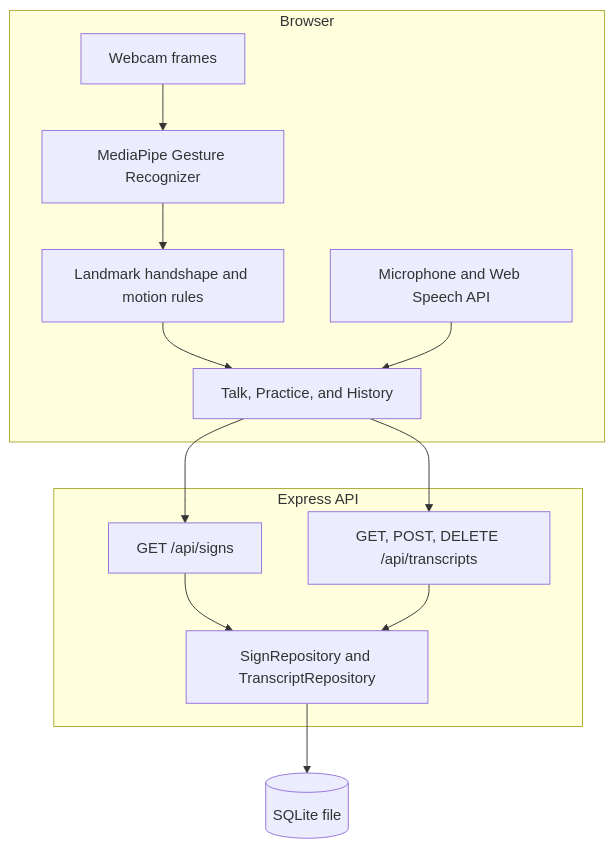
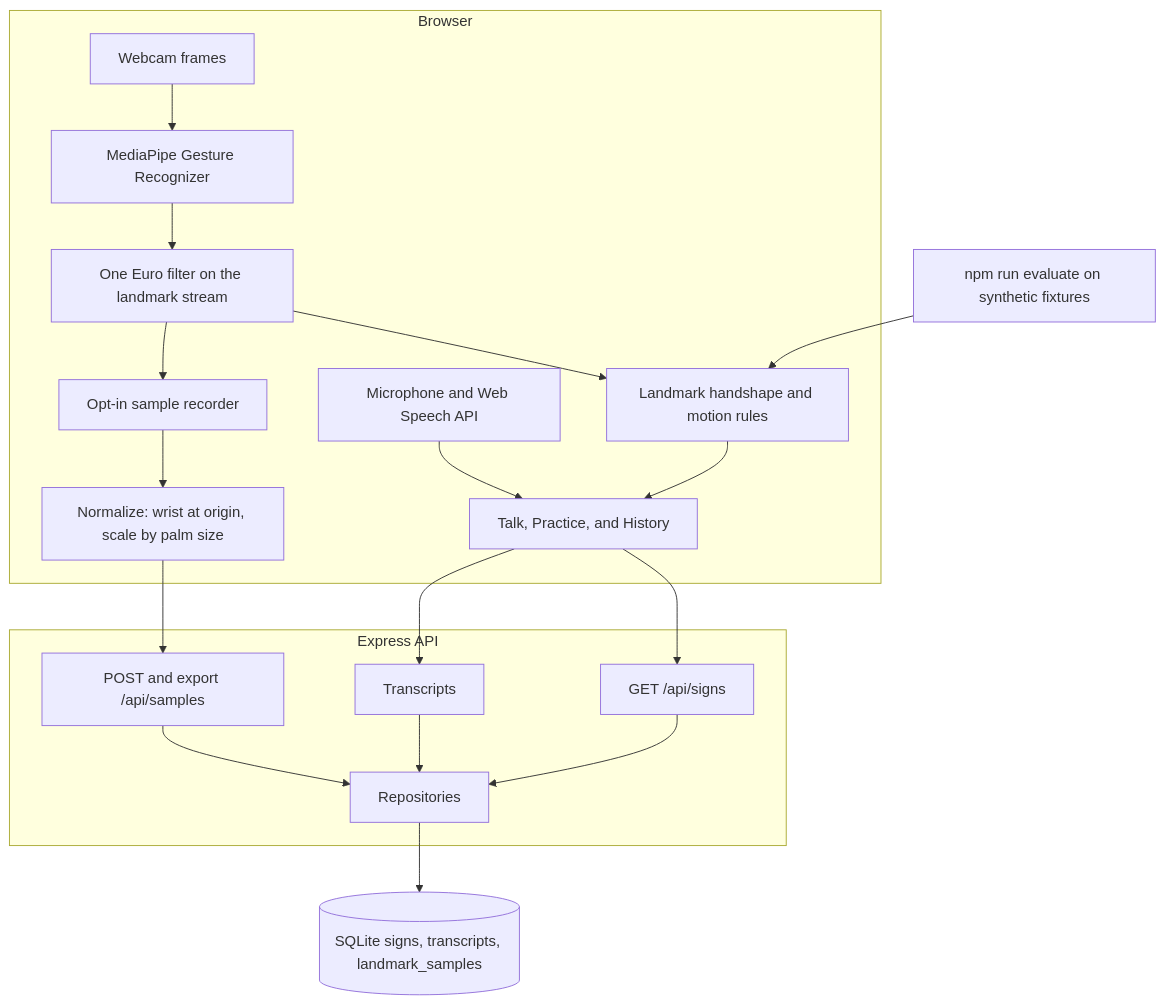
Before and after one commit to jhayushi/SignConnect: the diagram in docs/ARCHITECTURE.md, drawn with Mermaid. The commit also changed other lines of this file and 17 other files, not shown here.

First line of the commit message:
Score the synthetic fixtures and shorten the hold

````diff
--- a/docs/ARCHITECTURE.md
+++ b/docs/ARCHITECTURE.md
@@ -5,28 +5,39 @@
 ```mermaid
 flowchart TB
   subgraph browser [Browser]
     Cam[Webcam frames]
     MP[MediaPipe Gesture Recognizer]
+    Smooth[One Euro filter on the landmark stream]
     Rules[Landmark handshape and motion rules]
+    Norm[Normalize: wrist at origin, scale by palm size]
     Mic[Microphone and Web Speech API]
     UI[Talk, Practice, and History]
+    Rec[Opt-in sample recorder]
   end
 
   subgraph api [Express API]
     SignsRoute["GET /api/signs"]
-    TranscriptRoutes["GET, POST, DELETE /api/transcripts"]
-    Repos[SignRepository and TranscriptRepository]
+    TranscriptRoutes["Transcripts"]
+    SampleRoutes["POST and export /api/samples"]
+    Repos[Repositories]
   end
 
-  DB[(SQLite file)]
+  DB[(SQLite signs, transcripts, landmark_samples)]
+  Eval[npm run evaluate on synthetic fixtures]
 
   Cam --> MP
-  MP --> Rules
+  MP --> Smooth
+  Smooth --> Rules
   Rules --> UI
   Mic --> UI
+  Smooth --> Rec
+  Rec --> Norm
+  Norm --> SampleRoutes
   UI --> SignsRoute
   UI --> TranscriptRoutes
   SignsRoute --> Repos
   TranscriptRoutes --> Repos
+  SampleRoutes --> Repos
   Repos --> DB
+  Eval --> Rules
 ```
````
